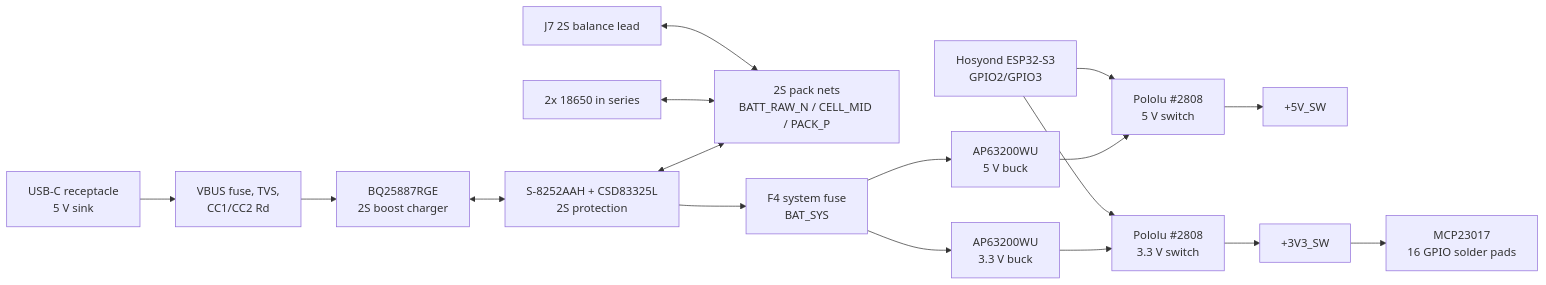
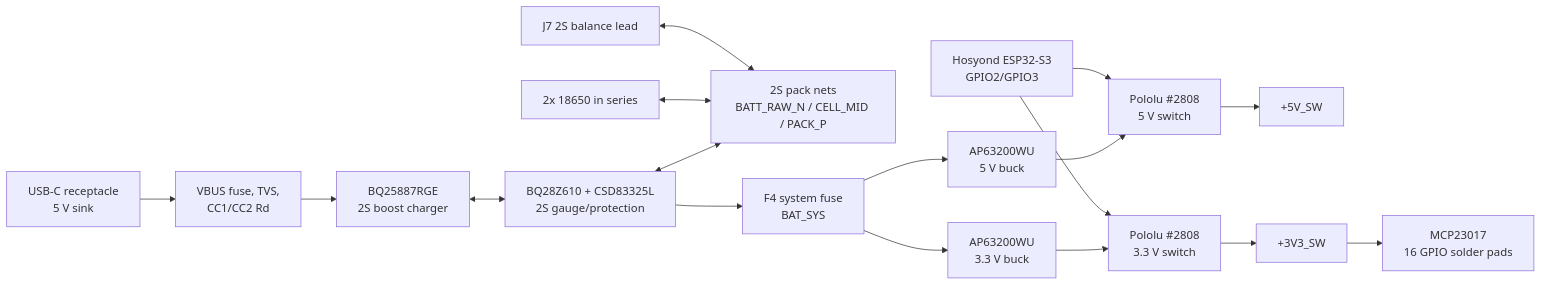
The diagram in Daughterboard/power_board_design.md (BoomBoxRobotics/Anubis), drawn with Mermaid before and after one commit. The commit also changed other lines of this file and 77 other files, not shown here.

````diff
--- a/Daughterboard/power_board_design.md
+++ b/Daughterboard/power_board_design.md
@@ -16,19 +16,19 @@
 ```mermaid
 flowchart LR
     USBC["USB-C receptacle\n5 V sink"] --> INPROT["VBUS fuse, TVS,\nCC1/CC2 Rd"]
     INPROT --> CHG["BQ25887RGE\n2S boost charger"]
-    CHG <--> PROT["S-8252AAH + CSD83325L\n2S protection"]
+    CHG <--> PROT["BQ28Z610 + CSD83325L\n2S gauge/protection"]
     PROT <--> PACK["2S pack nets\nBATT_RAW_N / CELL_MID / PACK_P"]
     CELLS["2x 18650 in series"] <--> PACK
     BAL["J7 2S balance lead"] <--> PACK
     PROT --> FUSE["F4 system fuse\nBAT_SYS"]
     FUSE --> BUCK5["AP63200WU\n5 V buck"]
     FUSE --> BUCK3["AP63200WU\n3.3 V buck"]
     BUCK5 --> SW5["Pololu #2808\n5 V switch"]
     BUCK3 --> SW3["Pololu #2808\n3.3 V switch"]
     ESP["Hosyond ESP32-S3\nGPIO2/GPIO3"] --> SW5
     ESP --> SW3
     SW5 --> R5["+5V_SW"]
     SW3 --> R3["+3V3_SW"]
     R3 --> GPIOX["MCP23017\n16 GPIO solder pads"]
 ```
````
